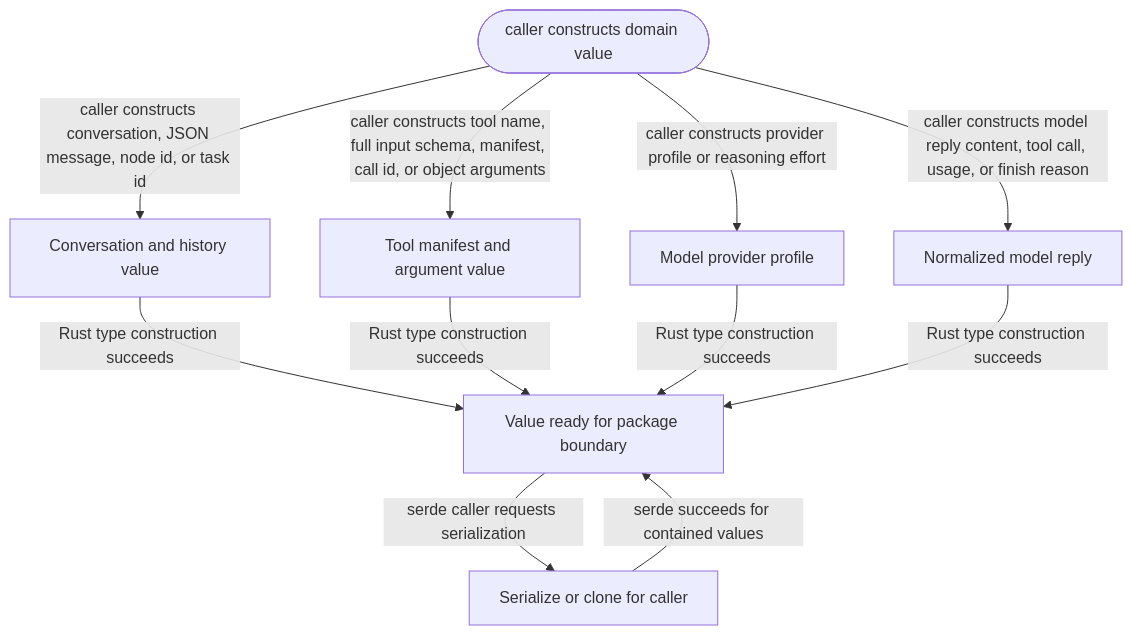
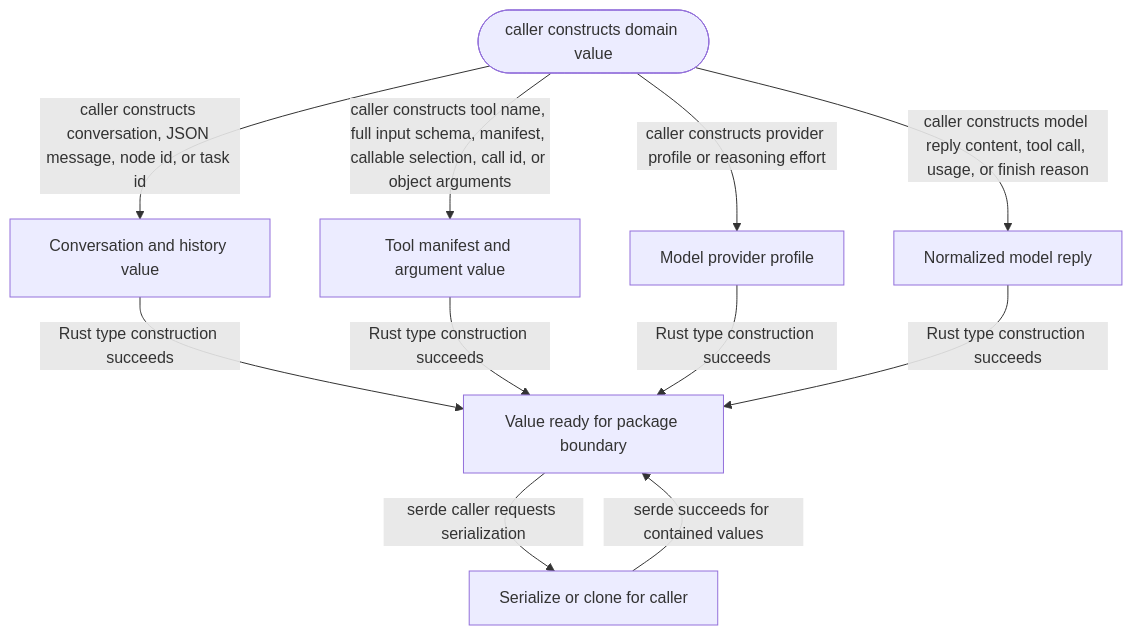
The diagram in crates/domain-model/README.md (JiaJunDeng5930/Selvedge), drawn with Mermaid before and after one commit. The commit also changed other lines of this file and 34 other files, not shown here.

````diff
--- a/crates/domain-model/README.md
+++ b/crates/domain-model/README.md
@@ -25,21 +28,21 @@
 ```mermaid
 flowchart TD
   Start([caller constructs domain value])
   Conversation[Conversation and history value]
   Tool[Tool manifest and argument value]
   Provider[Model provider profile]
   Reply[Normalized model reply]
   Ready[Value ready for package boundary]
   Serialize[Serialize or clone for caller]
 
   Start -->|caller constructs conversation, JSON message, node id, or task id| Conversation
-  Start -->|caller constructs tool name, full input schema, manifest, call id, or object arguments| Tool
+  Start -->|caller constructs tool name, full input schema, manifest, callable selection, call id, or object arguments| Tool
   Start -->|caller constructs provider profile or reasoning effort| Provider
   Start -->|caller constructs model reply content, tool call, usage, or finish reason| Reply
   Conversation -->|Rust type construction succeeds| Ready
   Tool -->|Rust type construction succeeds| Ready
   Provider -->|Rust type construction succeeds| Ready
   Reply -->|Rust type construction succeeds| Ready
   Ready -->|serde caller requests serialization| Serialize
   Serialize -->|serde succeeds for contained values| Ready
 ```
````
